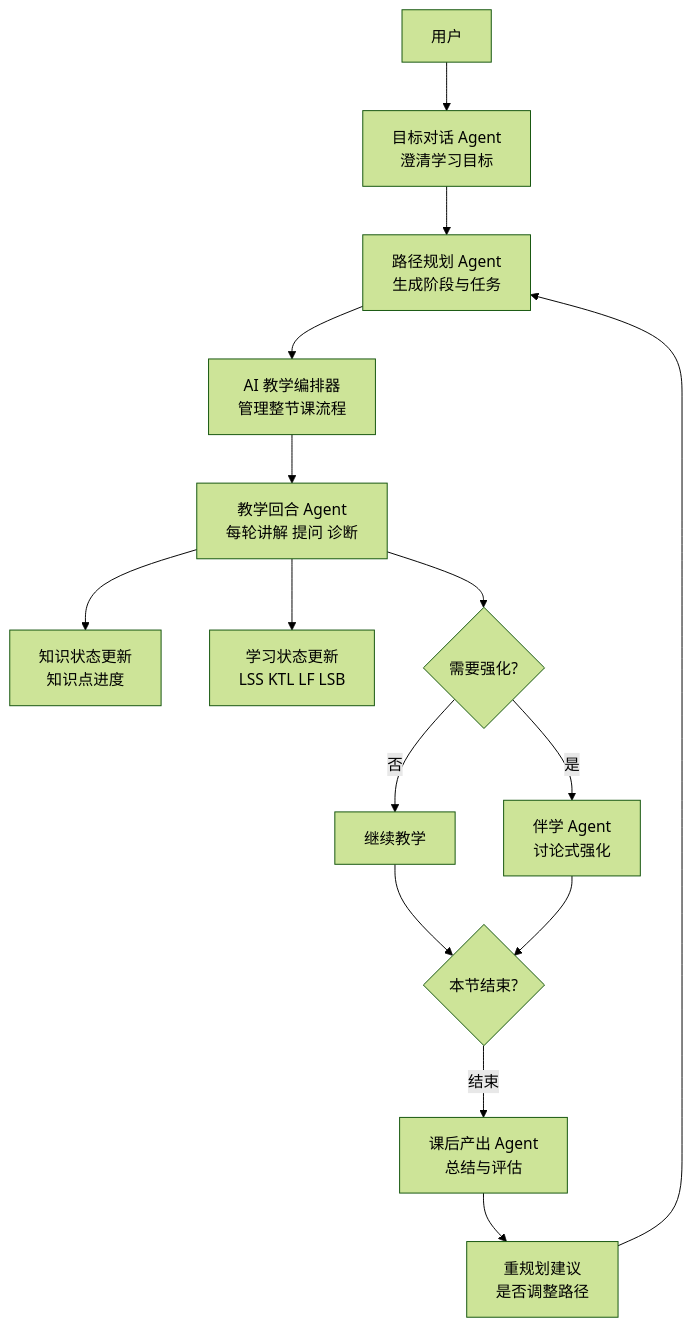
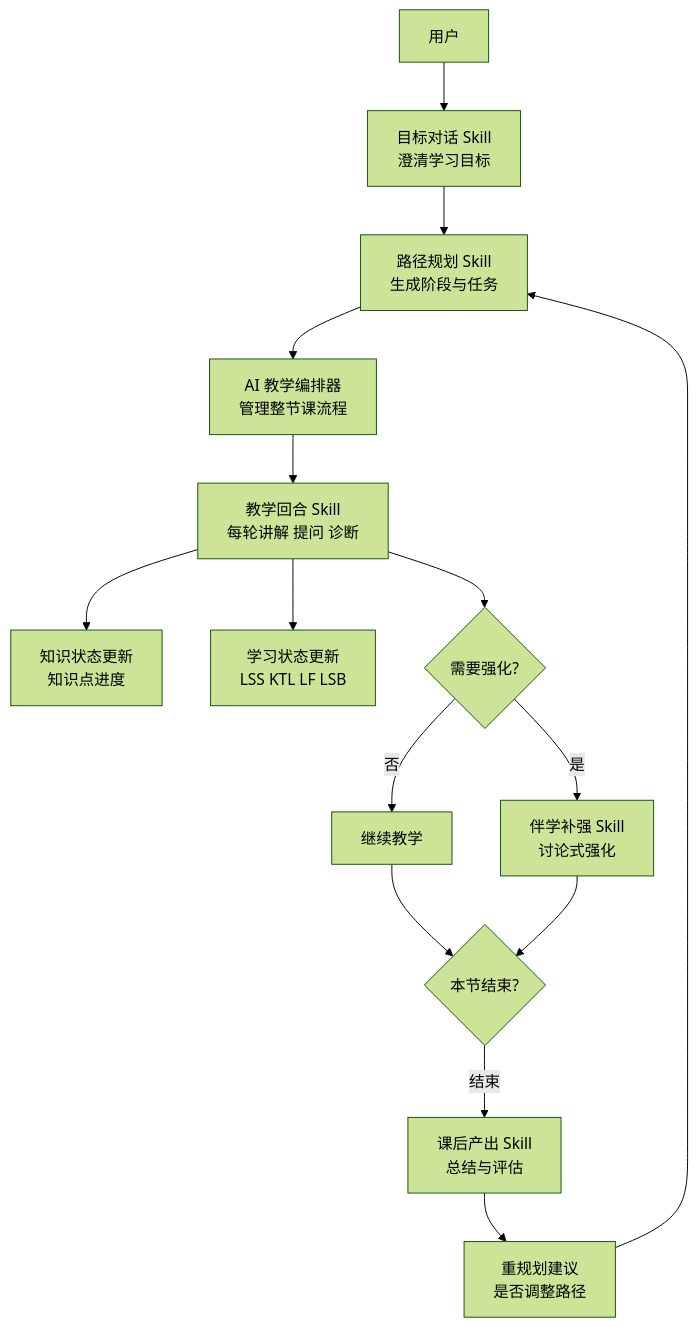
The diagram in README.md (wenflow-org/wenflow), drawn with Mermaid (forest theme) before and after one commit. The commit also changed other lines of this file, not shown here.

````diff
--- a/README.md
+++ b/README.md
@@ -81,21 +81,21 @@
 ```mermaid
 flowchart TD
-    U[用户] --> G1[目标对话 Agent\n澄清学习目标]
-    G1 --> P1[路径规划 Agent\n生成阶段与任务]
+    U[用户] --> G1[目标对话 Skill\n澄清学习目标]
+    G1 --> P1[路径规划 Skill\n生成阶段与任务]
     P1 --> T0[AI 教学编排器\n管理整节课流程]
 
-    T0 --> T1[教学回合 Agent\n每轮讲解 提问 诊断]
+    T0 --> T1[教学回合 Skill\n每轮讲解 提问 诊断]
     T1 --> K1[知识状态更新\n知识点进度]
     T1 --> S1[学习状态更新\nLSS KTL LF LSB]
 
     T1 --> D{需要强化?}
-    D -- 是 --> PEER[伴学 Agent\n讨论式强化]
+    D -- 是 --> PEER[伴学补强 Skill\n讨论式强化]
     D -- 否 --> NEXT[继续教学]
 
     NEXT --> END{本节结束?}
     PEER --> END
 
-    END -- 结束 --> W1[课后产出 Agent\n总结与评估]
+    END -- 结束 --> W1[课后产出 Skill\n总结与评估]
     W1 --> R1[重规划建议\n是否调整路径]
     R1 --> P1
 ```
````
